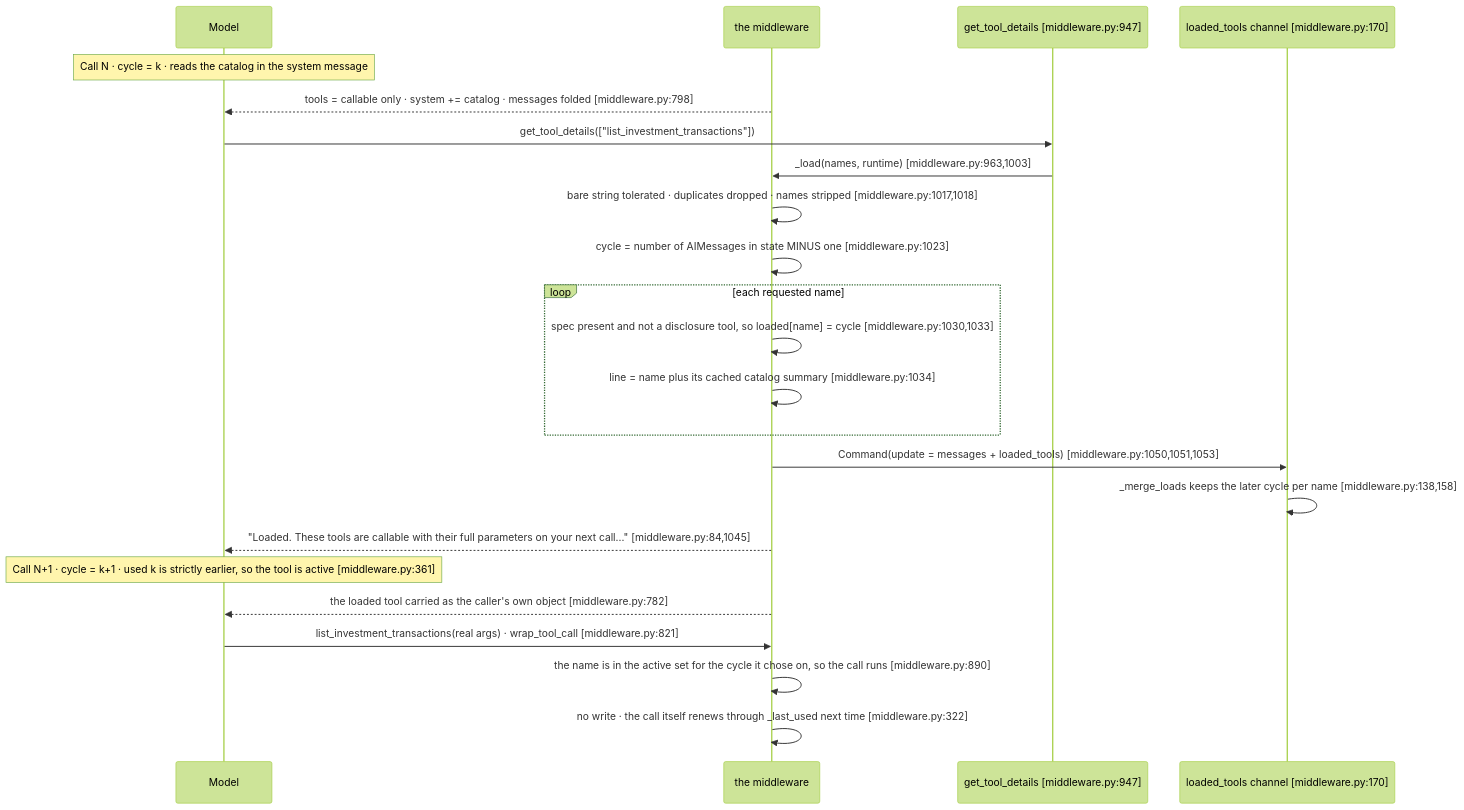
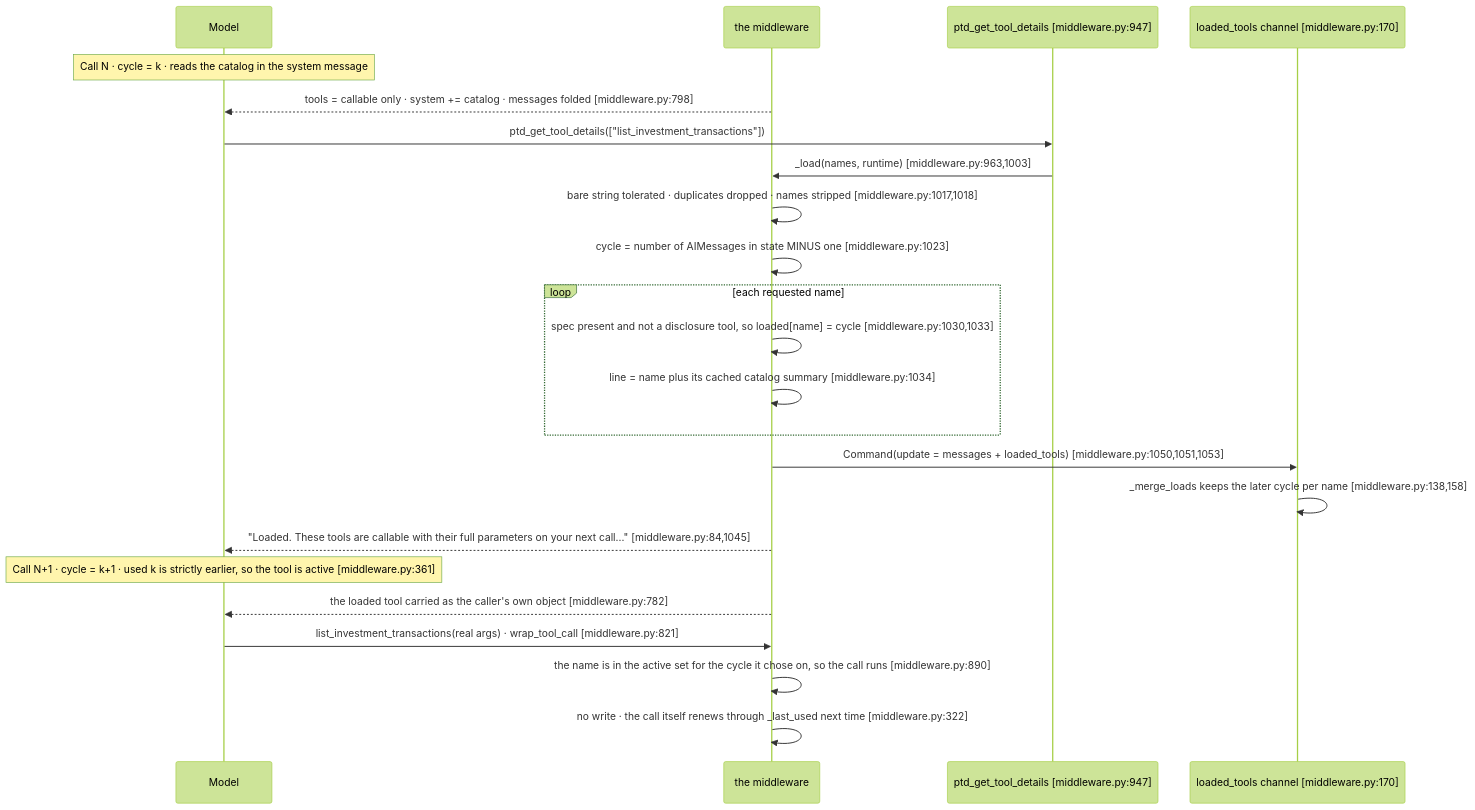
One commit to aws-samples/sample-context-engineering changed the fourth of 7 diagrams in docs/design/sequence/langgraph/sequence-b-disclosure.md. Above: the diagram before and after it, drawn with Mermaid (forest theme). The commit also changed other lines of this file and 124 other files, not shown here.

First line of the commit message:
feat(plugins): prefix every model-facing tool with its plugin's initials

````diff
--- a/docs/design/sequence/langgraph/sequence-b-disclosure.md
+++ b/docs/design/sequence/langgraph/sequence-b-disclosure.md
@@ -651,26 +651,26 @@
 ```mermaid
 sequenceDiagram
     participant Model
     participant MW as the middleware
-    participant Tool as get_tool_details [middleware.py:947]
+    participant Tool as ptd_get_tool_details [middleware.py:947]
     participant State as loaded_tools channel [middleware.py:170]
 
     Note over Model: Call N · cycle = k · reads the catalog in the system message
     MW-->>Model: tools = callable only · system += catalog · messages folded [middleware.py:798]
-    Model->>Tool: get_tool_details(["list_investment_transactions"])
+    Model->>Tool: ptd_get_tool_details(["list_investment_transactions"])
     Tool->>MW: _load(names, runtime) [middleware.py:963,1003]
     MW->>MW: bare string tolerated · duplicates dropped · names stripped [middleware.py:1017,1018]
     MW->>MW: cycle = number of AIMessages in state MINUS one [middleware.py:1023]
     loop each requested name
         MW->>MW: spec present and not a disclosure tool, so loaded[name] = cycle [middleware.py:1030,1033]
         MW->>MW: line = name plus its cached catalog summary [middleware.py:1034]
     end
     MW->>State: Command(update = messages + loaded_tools) [middleware.py:1050,1051,1053]
     State->>State: _merge_loads keeps the later cycle per name [middleware.py:138,158]
     MW-->>Model: "Loaded. These tools are callable with their full parameters on your next call..." [middleware.py:84,1045]
     Note over Model: Call N+1 · cycle = k+1 · used k is strictly earlier, so the tool is active [middleware.py:361]
     MW-->>Model: the loaded tool carried as the caller's own object [middleware.py:782]
     Model->>MW: list_investment_transactions(real args) · wrap_tool_call [middleware.py:821]
     MW->>MW: the name is in the active set for the cycle it chose on, so the call runs [middleware.py:890]
     MW->>MW: no write · the call itself renews through _last_used next time [middleware.py:322]
 ```
````
